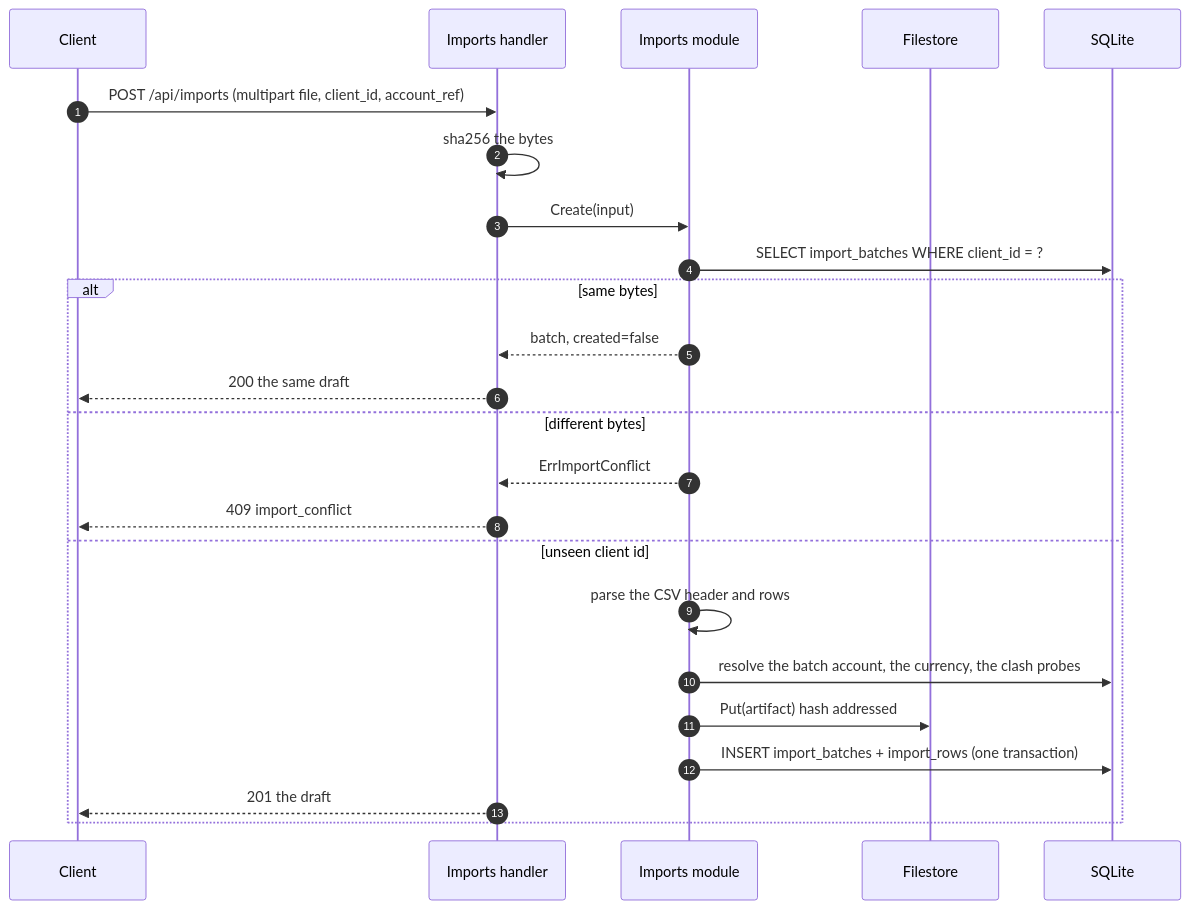
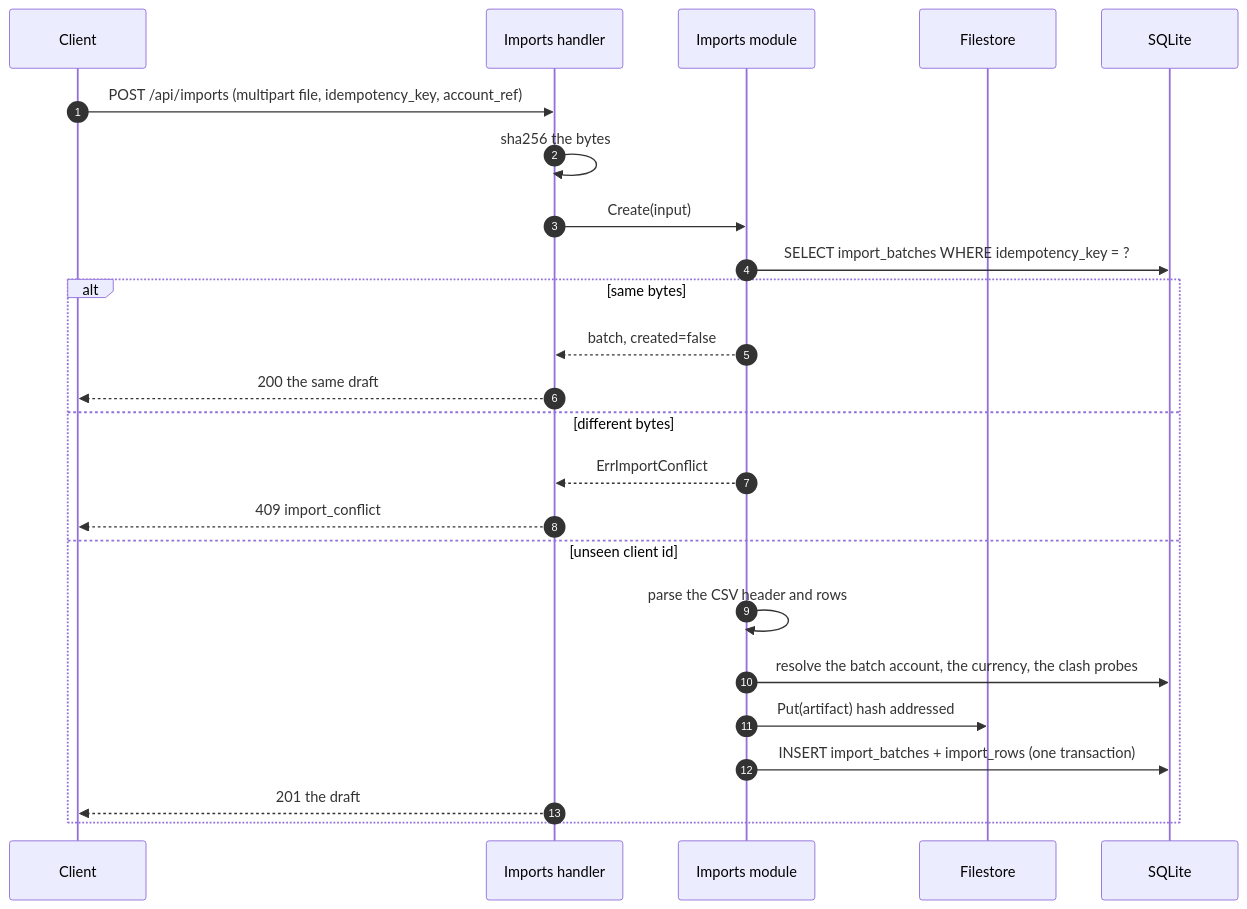
One commit to dimasbaguspm/spenicle changed the diagram in docs/endpoints/POST_api_imports.md. Above: the diagram before and after it, drawn with Mermaid. The commit also changed other lines of this file and 127 other files, not shown here.

Commit message:
refactor(api)!: rename client_id to idempotency_key

````diff
--- a/docs/endpoints/POST_api_imports.md
+++ b/docs/endpoints/POST_api_imports.md
@@ -137,26 +137,26 @@
 ```mermaid
 sequenceDiagram
     autonumber
     participant C as Client
     participant H as Imports handler
     participant M as Imports module
     participant F as Filestore
     participant DB as SQLite
-    C->>H: POST /api/imports (multipart file, client_id, account_ref)
+    C->>H: POST /api/imports (multipart file, idempotency_key, account_ref)
     H->>H: sha256 the bytes
     H->>M: Create(input)
-    M->>DB: SELECT import_batches WHERE client_id = ?
+    M->>DB: SELECT import_batches WHERE idempotency_key = ?
     alt same bytes
         M-->>H: batch, created=false
         H-->>C: 200 the same draft
     else different bytes
         M-->>H: ErrImportConflict
         H-->>C: 409 import_conflict
     else unseen client id
         M->>M: parse the CSV header and rows
         M->>DB: resolve the batch account, the currency, the clash probes
         M->>F: Put(artifact) hash addressed
         M->>DB: INSERT import_batches + import_rows (one transaction)
         H-->>C: 201 the draft
     end
 ```
````
